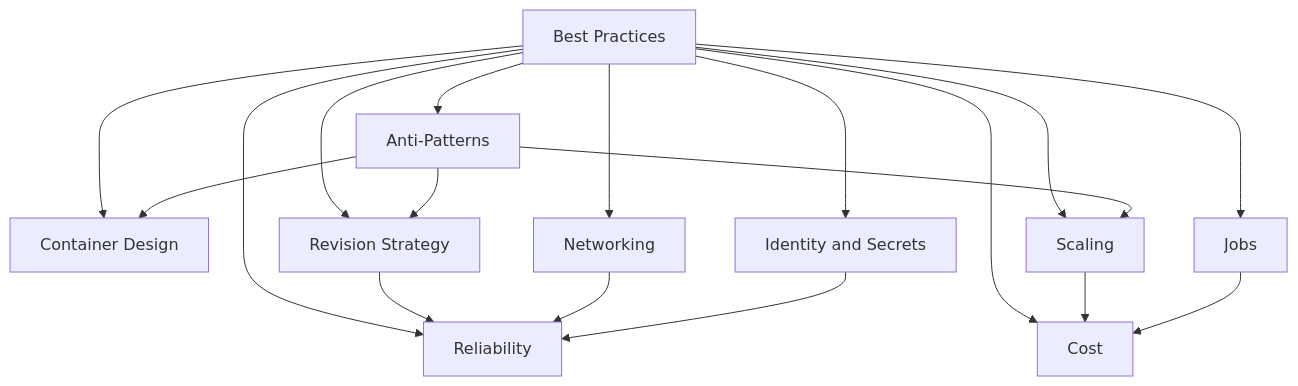
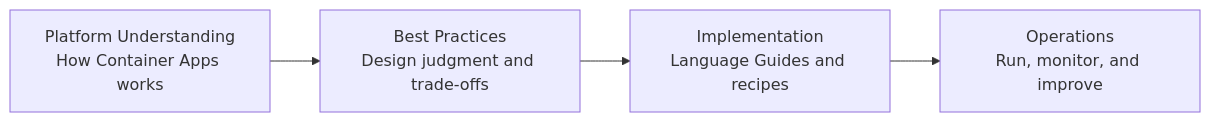
The diagram in docs/best-practices/index.md (yeongseon/azure-container-apps-practical-guide), drawn with Mermaid before and after one commit. The commit also changed other lines of this file and 5 other files, not shown here.

````diff
--- a/docs/best-practices/index.md
+++ b/docs/best-practices/index.md
@@ -7,21 +15,6 @@
 ```mermaid
-graph TD
-    A[Best Practices] --> B[Container Design]
-    A --> C[Revision Strategy]
-    A --> D[Scaling]
-    A --> E[Networking]
-    A --> F[Identity and Secrets]
-    A --> G[Reliability]
-    A --> H[Cost]
-    A --> I[Jobs]
-    A --> J[Anti-Patterns]
-
-    C --> G
-    D --> H
-    E --> G
-    F --> G
-    I --> H
-    J --> B
-    J --> C
-    J --> D
+flowchart LR
+    A[Platform Understanding<br/>How Container Apps works] --> B[Best Practices<br/>Design judgment and trade-offs]
+    B --> C[Implementation<br/>Language Guides and recipes]
+    C --> D[Operations<br/>Run, monitor, and improve]
 ```
````
